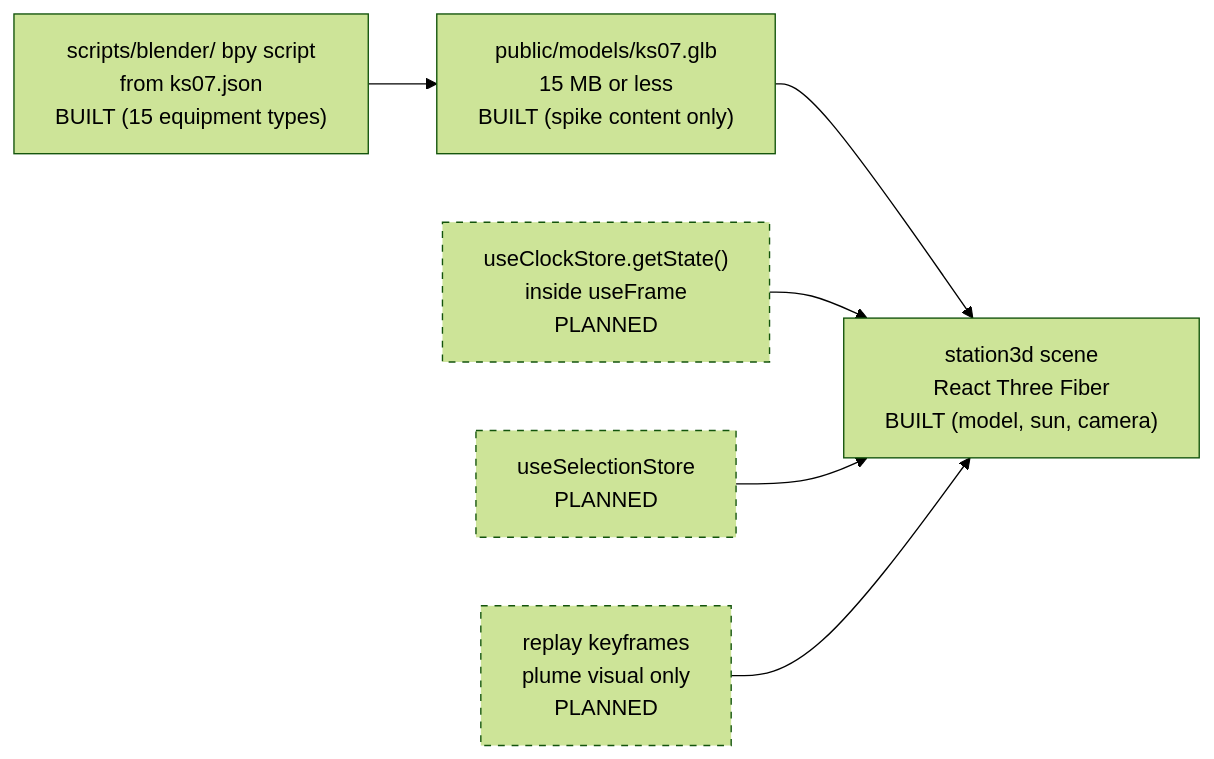
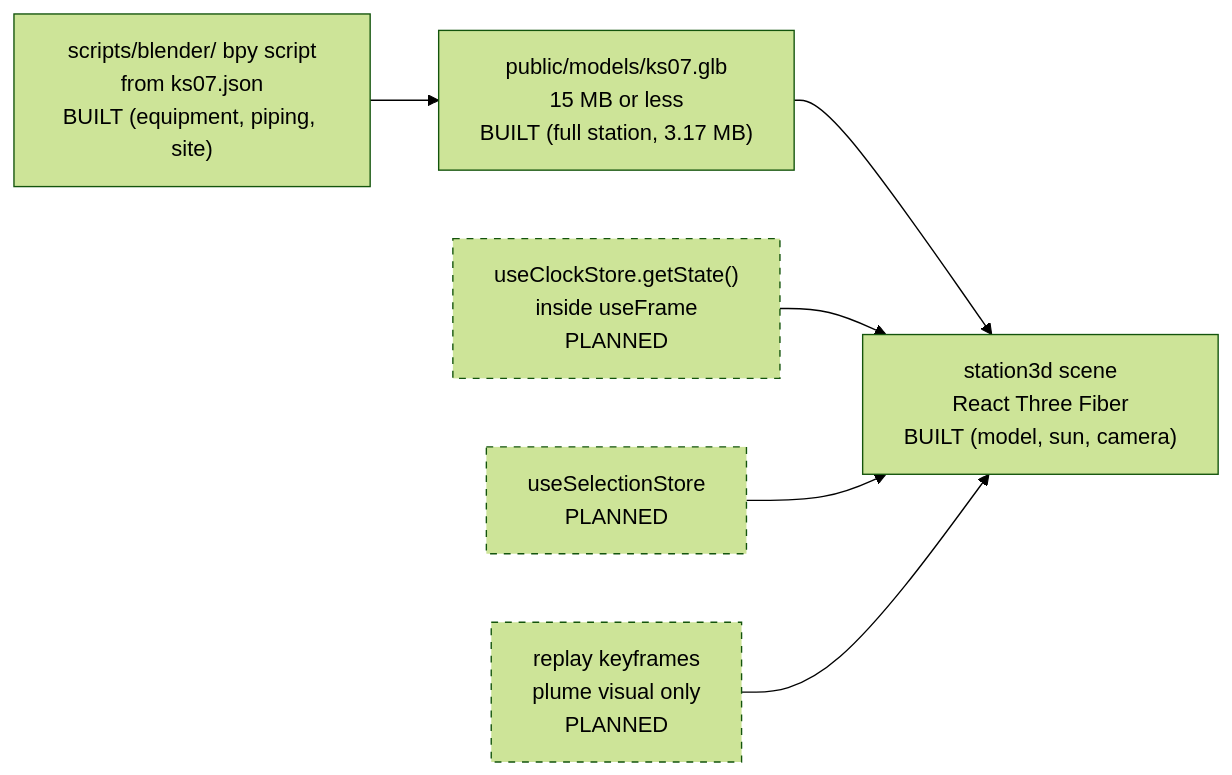
One commit to Nagdy8888/PlumeTrace changed the third of 4 diagrams in docs/reference/FRONTEND.md. Above: the diagram before and after it, drawn with Mermaid (forest theme). The commit also changed other lines of this file and 32 other files, not shown here.

First line of the commit message:
feat(3d): add piping, site, lighting bake and budget-checked full-station glb

````diff
--- a/docs/reference/FRONTEND.md
+++ b/docs/reference/FRONTEND.md
@@ -190,10 +193,10 @@
 ```mermaid
 flowchart LR
-    Bpy["scripts/blender/ bpy script<br/>from ks07.json<br/>BUILT (15 equipment types)"] --> Glb["public/models/ks07.glb<br/>15 MB or less<br/>BUILT (spike content only)"]
+    Bpy["scripts/blender/ bpy script<br/>from ks07.json<br/>BUILT (equipment, piping, site)"] --> Glb["public/models/ks07.glb<br/>15 MB or less<br/>BUILT (full station, 3.17 MB)"]
     Glb --> Scene["station3d scene<br/>React Three Fiber<br/>BUILT (model, sun, camera)"]
     Clock["useClockStore.getState()<br/>inside useFrame<br/>PLANNED"] --> Scene
     Sel["useSelectionStore<br/>PLANNED"] --> Scene
     Frames["replay keyframes<br/>plume visual only<br/>PLANNED"] --> Scene
     classDef planned stroke-dasharray: 5 5
     class Clock,Sel,Frames planned
 ```
````
